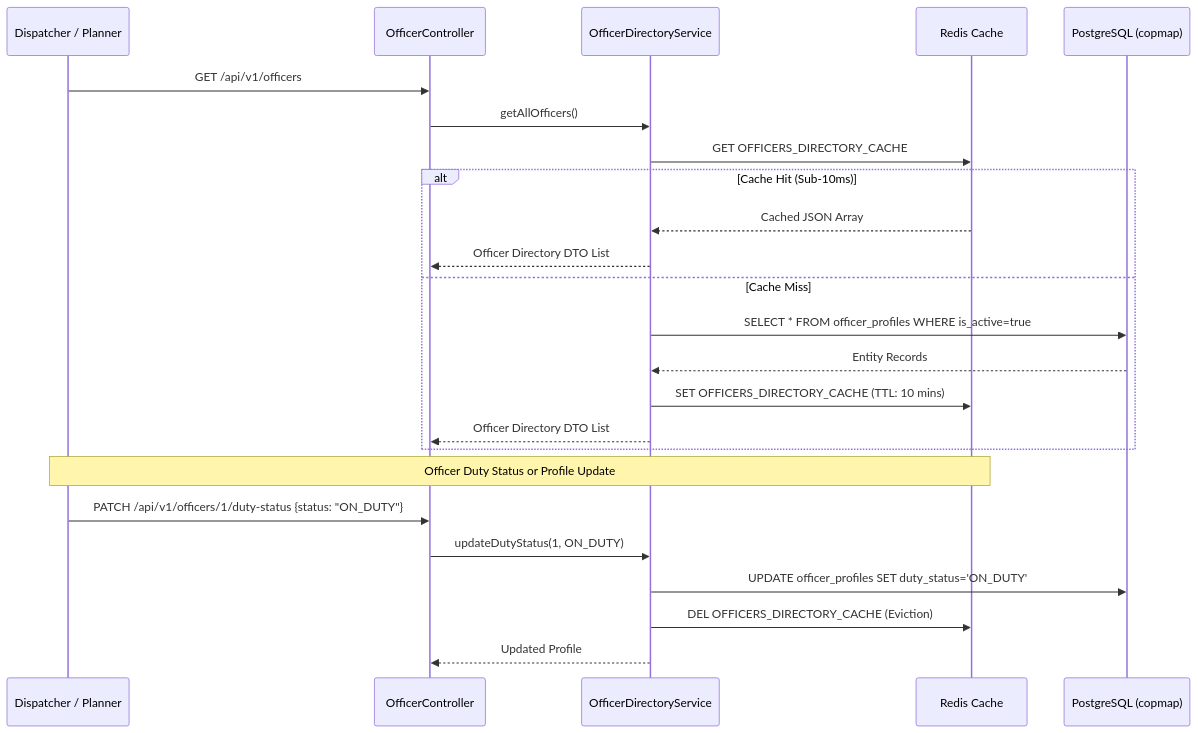
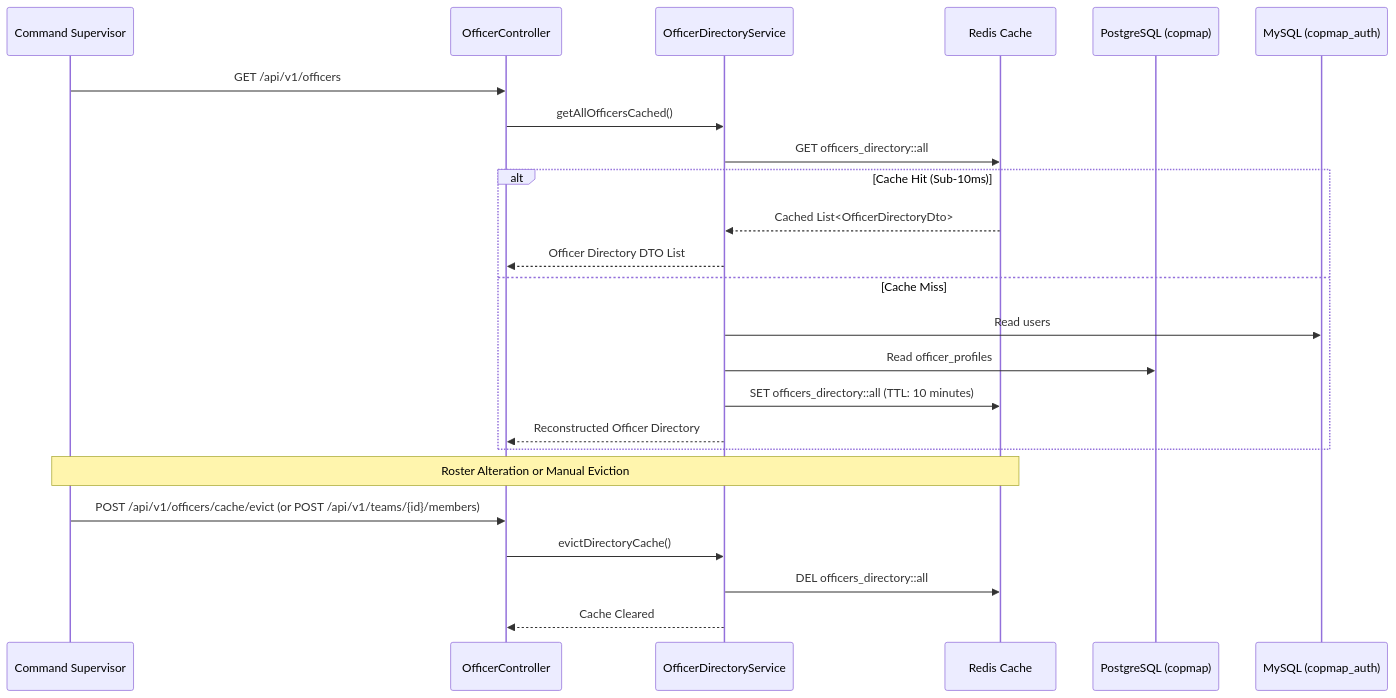
One commit to Anantctrl/CMP changed the seventh of 7 diagrams in README.md. Above: the diagram before and after it, drawn with Mermaid. The commit also changed other lines of this file, not shown here.

Commit message:
docs(readme): audit and align all architectural claims, endpoints, and setup instructions with actual codebase

````diff
--- a/README.md
+++ b/README.md
@@ -262,28 +268,28 @@
 ```mermaid
 sequenceDiagram
-    participant Dispatcher as Dispatcher / Planner
+    participant Supervisor as Command Supervisor
     participant OfficerCtrl as OfficerController
     participant DirSvc as OfficerDirectoryService
     participant Redis as Redis Cache
     participant PG as PostgreSQL (copmap)
+    participant MySQL as MySQL (copmap_auth)
 
-    Dispatcher->>OfficerCtrl: GET /api/v1/officers
-    OfficerCtrl->>DirSvc: getAllOfficers()
-    DirSvc->>Redis: GET OFFICERS_DIRECTORY_CACHE
+    Supervisor->>OfficerCtrl: GET /api/v1/officers
+    OfficerCtrl->>DirSvc: getAllOfficersCached()
+    DirSvc->>Redis: GET officers_directory::all
     alt Cache Hit (Sub-10ms)
-        Redis-->>DirSvc: Cached JSON Array
+        Redis-->>DirSvc: Cached List<OfficerDirectoryDto>
         DirSvc-->>OfficerCtrl: Officer Directory DTO List
     else Cache Miss
-        DirSvc->>PG: SELECT * FROM officer_profiles WHERE is_active=true
-        PG-->>DirSvc: Entity Records
-        DirSvc->>Redis: SET OFFICERS_DIRECTORY_CACHE (TTL: 10 mins)
-        DirSvc-->>OfficerCtrl: Officer Directory DTO List
+        DirSvc->>MySQL: Read users
+        DirSvc->>PG: Read officer_profiles
+        DirSvc->>Redis: SET officers_directory::all (TTL: 10 minutes)
+        DirSvc-->>OfficerCtrl: Reconstructed Officer Directory
     end
 
-    Note over Dispatcher,Redis: Officer Duty Status or Profile Update
-    Dispatcher->>OfficerCtrl: PATCH /api/v1/officers/1/duty-status {status: "ON_DUTY"}
-    OfficerCtrl->>DirSvc: updateDutyStatus(1, ON_DUTY)
-    DirSvc->>PG: UPDATE officer_profiles SET duty_status='ON_DUTY'
-    DirSvc->>Redis: DEL OFFICERS_DIRECTORY_CACHE (Eviction)
-    DirSvc-->>OfficerCtrl: Updated Profile
+    Note over Supervisor,Redis: Roster Alteration or Manual Eviction
+    Supervisor->>OfficerCtrl: POST /api/v1/officers/cache/evict (or POST /api/v1/teams/{id}/members)
+    OfficerCtrl->>DirSvc: evictDirectoryCache()
+    DirSvc->>Redis: DEL officers_directory::all
+    DirSvc-->>OfficerCtrl: Cache Cleared
 ```
````
